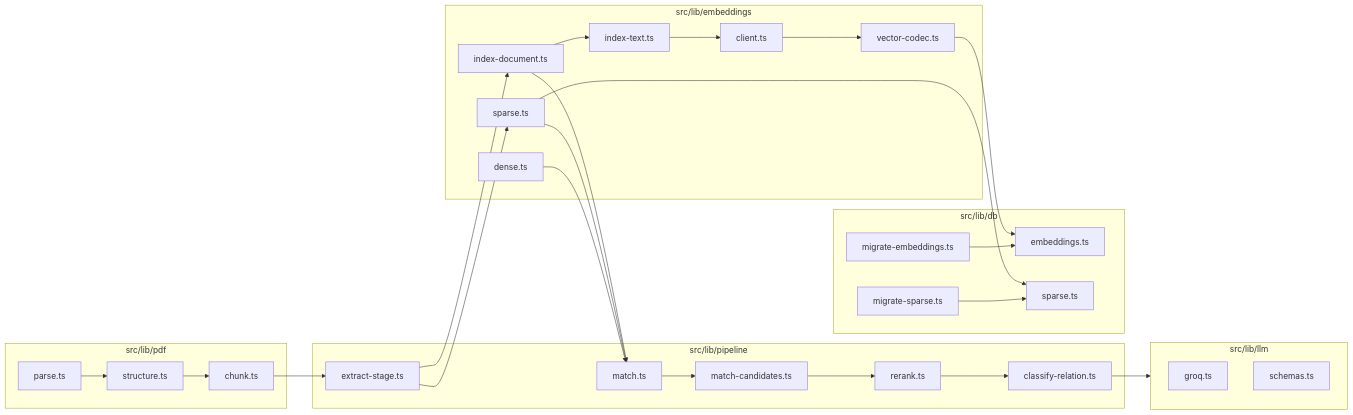
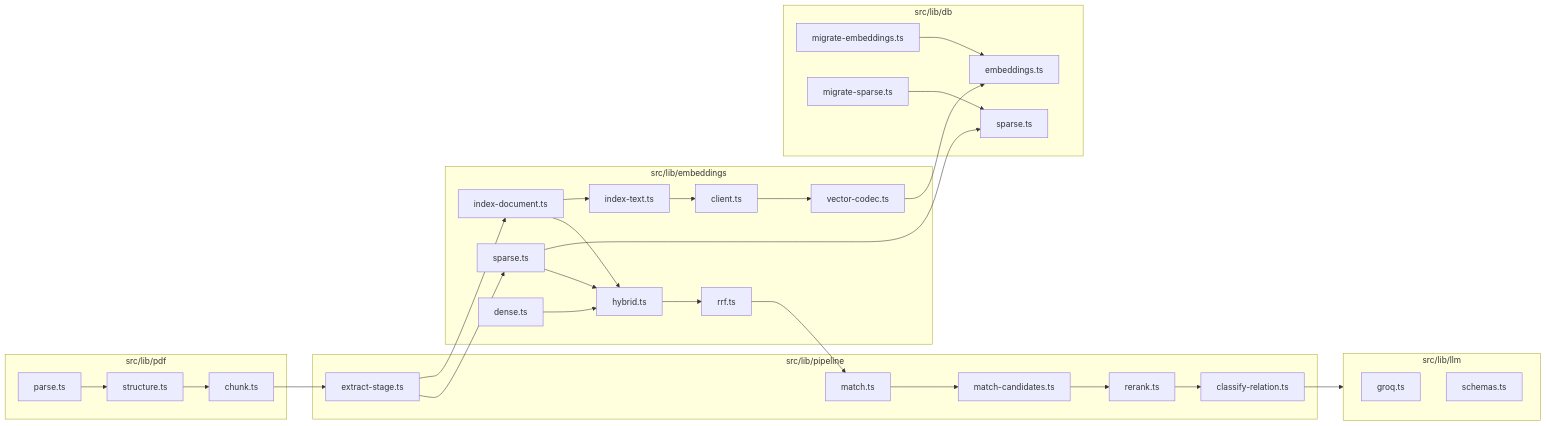
The tenth of 10 diagrams in docs/RAG_ARCHITECTURE.md (PrasannaPal21/superjoin-assignement), drawn with Mermaid before and after one commit. The commit also changed other lines of this file and 9 other files, not shown here.

Commit message:
feat(embeddings): add hybrid(3 step) recall + RRF instead of  jaccard-only  candidates

````diff
--- a/docs/RAG_ARCHITECTURE.md
+++ b/docs/RAG_ARCHITECTURE.md
@@ -410,47 +413,50 @@
 ```mermaid
 flowchart LR
   subgraph pdf [src/lib/pdf]
     parse[parse.ts]
     structure[structure.ts]
     chunk[chunk.ts]
   end
   subgraph pipe [src/lib/pipeline]
     extract[extract-stage.ts]
     candidates[match-candidates.ts]
     rerank[rerank.ts]
     classify[classify-relation.ts]
     match[match.ts]
   end
   subgraph emb [src/lib/embeddings]
     indexText[index-text.ts]
     client[client.ts]
     codec[vector-codec.ts]
     indexDoc[index-document.ts]
     sparse[sparse.ts]
     dense[dense.ts]
+    rrf[rrf.ts]
+    hybrid[hybrid.ts]
   end
   subgraph dbemb [src/lib/db]
     migrateEmb[migrate-embeddings.ts]
     embCrud[embeddings.ts]
     migrateSparse[migrate-sparse.ts]
     sparseCrud[sparse.ts]
   end
   subgraph llm [src/lib/llm]
     groq[groq.ts]
     schemas[schemas.ts]
   end
 
   parse --> structure --> chunk --> extract
   extract --> indexDoc
   indexDoc --> indexText --> client
   client --> codec --> embCrud
   migrateEmb --> embCrud
   extract --> sparse
   sparse --> sparseCrud
   migrateSparse --> sparseCrud
-  indexDoc --> match
-  sparse --> match
-  dense --> match
+  indexDoc --> hybrid
+  sparse --> hybrid
+  dense --> hybrid
+  hybrid --> rrf --> match
   match --> candidates --> rerank --> classify
   classify --> llm
 ```
````
